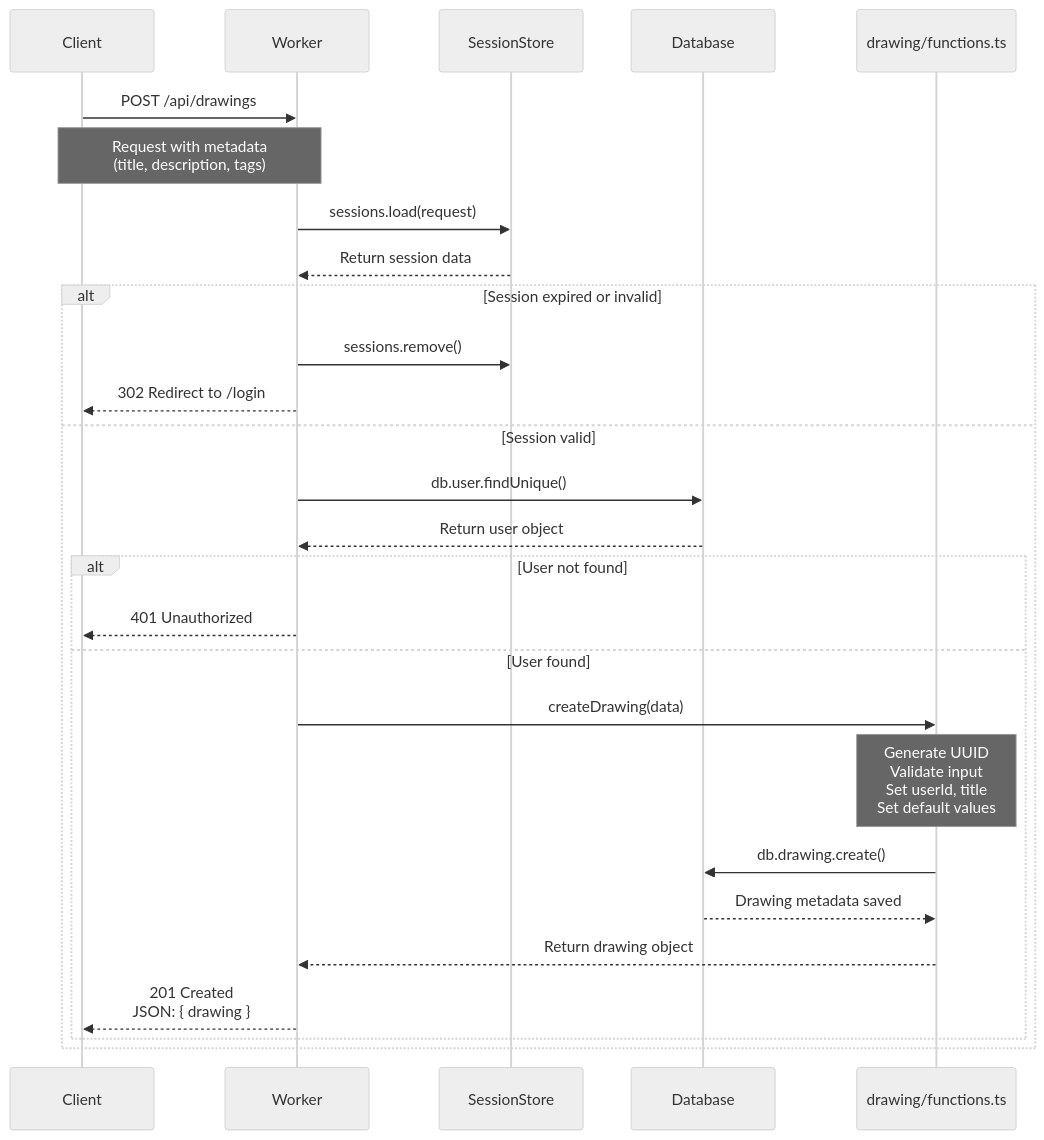
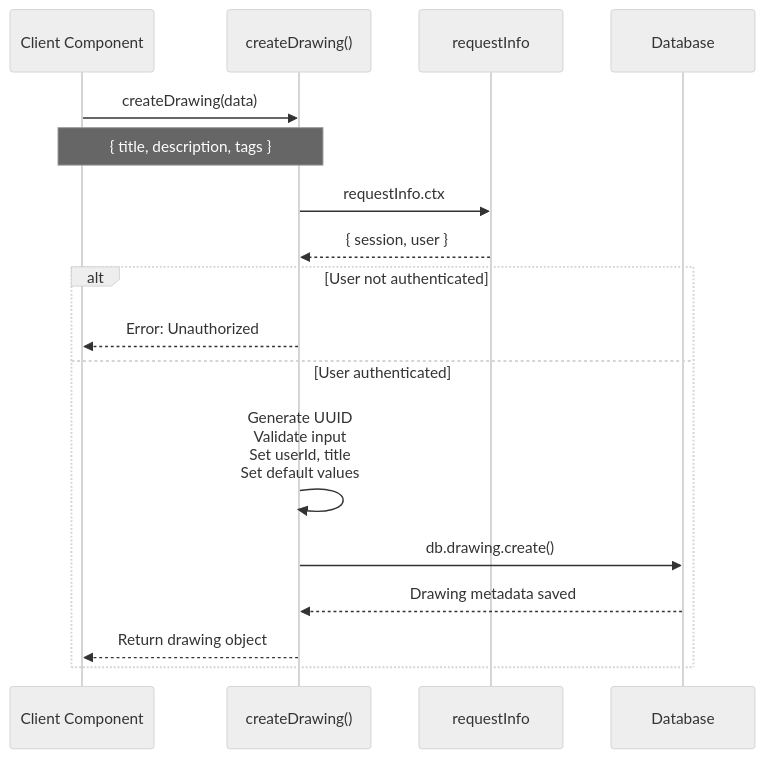
The first of 6 diagrams in DRAWING_API_DOCUMENTATION.md (pddhkt/excalidraw-redwood-app), drawn with Mermaid (neutral theme) before and after one commit. The commit also changed other lines of this file, not shown here.

First line of the commit message:
Update drawing API documentation to use RedwoodSDK server functions

````diff
--- a/DRAWING_API_DOCUMENTATION.md
+++ b/DRAWING_API_DOCUMENTATION.md
@@ -58,35 +58,23 @@
 ```mermaid
 sequenceDiagram
-    participant Client
-    participant Worker
-    participant SessionStore
+    participant ClientComponent as Client Component
+    participant ServerFunction as createDrawing()
+    participant RequestInfo as requestInfo
     participant Database
-    participant Functions as drawing/functions.ts
 
-    Client->>Worker: POST /api/drawings
-    Note over Client,Worker: Request with metadata<br/>(title, description, tags)
+    ClientComponent->>ServerFunction: createDrawing(data)
+    Note over ClientComponent,ServerFunction: { title, description, tags }
 
-    Worker->>SessionStore: sessions.load(request)
-    SessionStore-->>Worker: Return session data
+    ServerFunction->>RequestInfo: requestInfo.ctx
+    RequestInfo-->>ServerFunction: { session, user }
 
-    alt Session expired or invalid
-        Worker->>SessionStore: sessions.remove()
-        Worker-->>Client: 302 Redirect to /login
-    else Session valid
-        Worker->>Database: db.user.findUnique()
-        Database-->>Worker: Return user object
+    alt User not authenticated
+        ServerFunction-->>ClientComponent: Error: Unauthorized
+    else User authenticated
+        ServerFunction->>ServerFunction: Generate UUID<br/>Validate input<br/>Set userId, title<br/>Set default values
 
-        alt User not found
-            Worker-->>Client: 401 Unauthorized
-        else User found
-            Worker->>Functions: createDrawing(data)
-            Note over Functions: Generate UUID<br/>Validate input<br/>Set userId, title<br/>Set default values
-
-            Functions->>Database: db.drawing.create()
-            Database-->>Functions: Drawing metadata saved
-            Functions-->>Worker: Return drawing object
-
-            Worker-->>Client: 201 Created<br/>JSON: { drawing }
-        end
+        ServerFunction->>Database: db.drawing.create()
+        Database-->>ServerFunction: Drawing metadata saved
+        ServerFunction-->>ClientComponent: Return drawing object
     end
 ```
````
